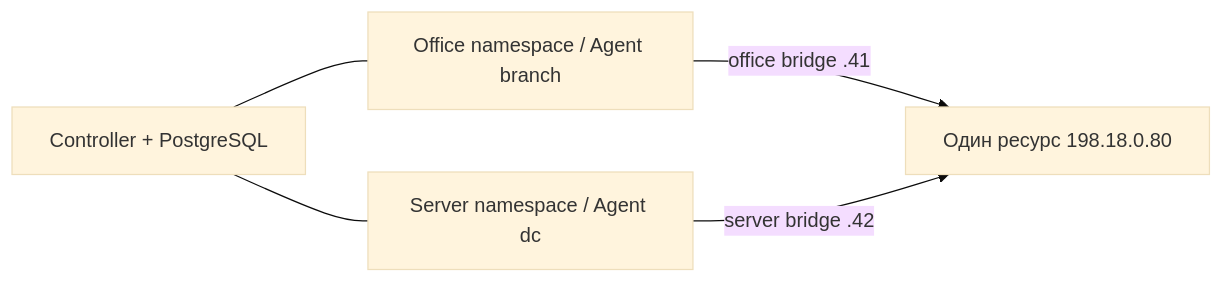
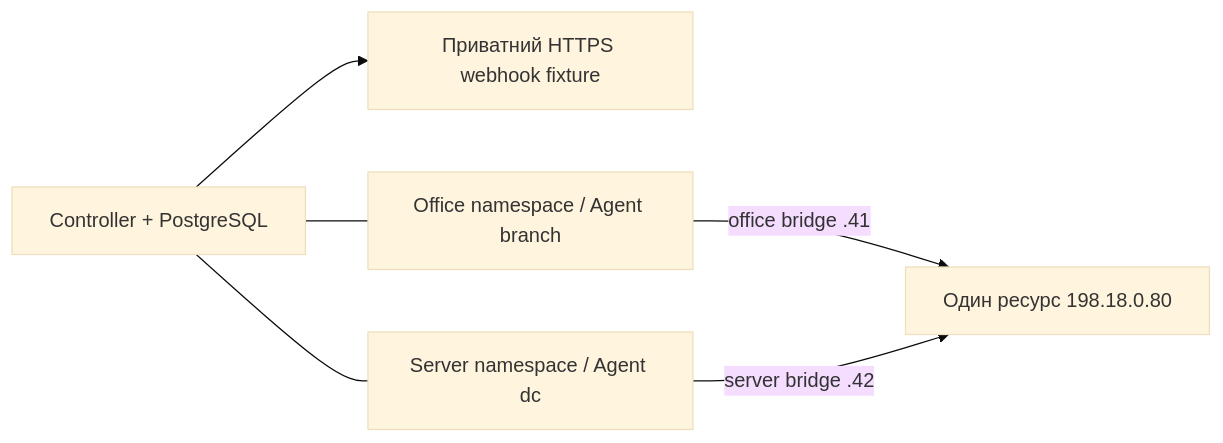
Before and after one commit to boby-star/NetMonOrc: the diagram in docs/deployment/research-compose.md, drawn with Mermaid (base theme). The commit also changed other lines of this file and 29 other files, not shown here.

Commit message:
Integrate monitor alert lifecycle and durable HTTPS webhook delivery

````diff
--- a/docs/deployment/research-compose.md
+++ b/docs/deployment/research-compose.md
@@ -48,7 +50,8 @@
 ```mermaid
 flowchart LR
-  C[Controller + PostgreSQL] --- O[Office namespace / Agent branch]
+  C[Controller + PostgreSQL] --> W[Приватний HTTPS webhook fixture]
+  C --- O[Office namespace / Agent branch]
   C --- S[Server namespace / Agent dc]
   O -->|office bridge .41| T[Один ресурс 198.18.0.80]
   S -->|server bridge .42| T
 ```
````
